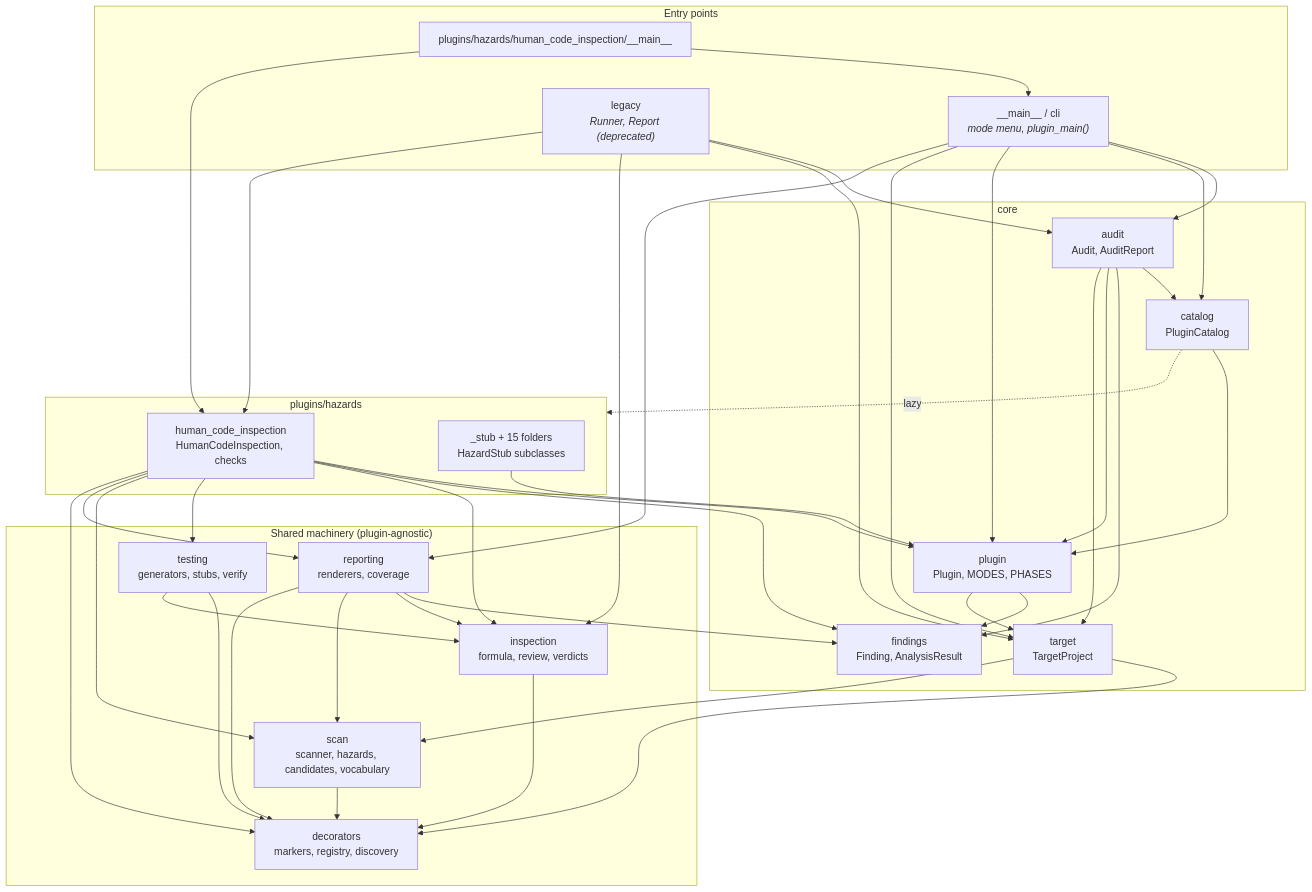
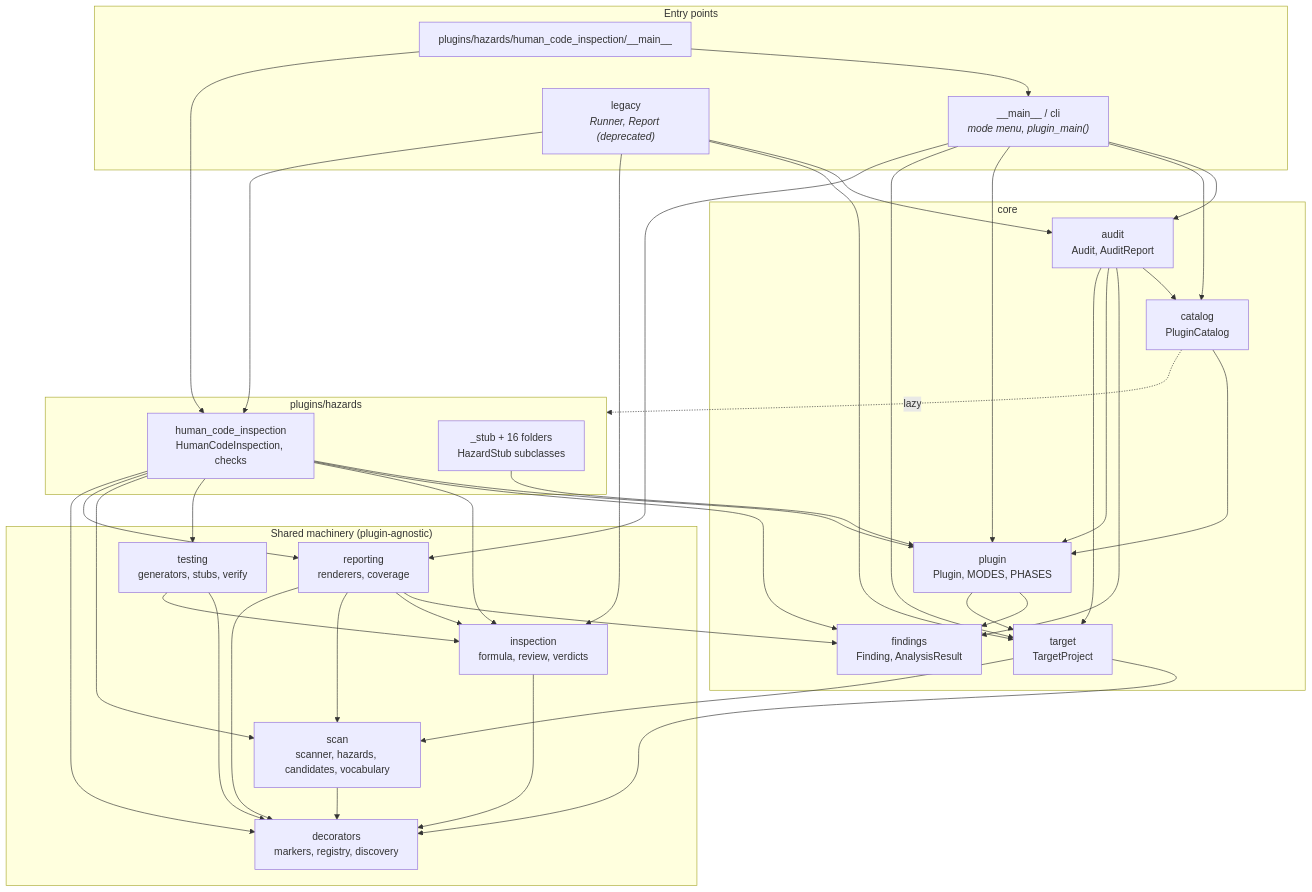
The first of 4 diagrams in ideas/ARCHITECTURE.md (juliandehne/rse_code_annotations), drawn with Mermaid before and after one commit. The commit also changed other lines of this file and 43 other files, not shown here.

````diff
--- a/ideas/ARCHITECTURE.md
+++ b/ideas/ARCHITECTURE.md
@@ -38,47 +38,47 @@
 ```mermaid
 flowchart TB
     subgraph entry["Entry points"]
         main["__main__ / cli<br/><i>mode menu, plugin_main()</i>"]
         pmain["plugins/hazards/human_code_inspection/__main__"]
         legacy["legacy<br/><i>Runner, Report (deprecated)</i>"]
     end
 
     subgraph pl["plugins/hazards"]
         hci["human_code_inspection<br/>HumanCodeInspection, checks"]
-        stubs["_stub + 15 folders<br/>HazardStub subclasses"]
+        stubs["_stub + 16 folders<br/>HazardStub subclasses"]
     end
 
     subgraph core["core"]
         audit["audit<br/>Audit, AuditReport"]
         catalog["catalog<br/>PluginCatalog"]
         plugin["plugin<br/>Plugin, MODES, PHASES"]
         findings["findings<br/>Finding, AnalysisResult"]
         target["target<br/>TargetProject"]
     end
 
     subgraph shared["Shared machinery (plugin-agnostic)"]
         reporting["reporting<br/>renderers, coverage"]
         inspection["inspection<br/>formula, review, verdicts"]
         testing["testing<br/>generators, stubs, verify"]
         scan["scan<br/>scanner, hazards, candidates, vocabulary"]
         decorators["decorators<br/>markers, registry, discovery"]
     end
 
     main --> audit & catalog & plugin & target & reporting
     pmain --> main & hci
     legacy --> audit & target & inspection & hci
 
     hci --> plugin & findings & inspection & testing & scan & reporting & decorators
     stubs --> plugin
 
     audit --> catalog & findings & plugin & target
     catalog --> plugin
     catalog -. lazy .-> pl
     plugin --> findings & target
     target --> decorators & scan
 
     reporting --> findings & inspection & scan & decorators
     inspection --> decorators
     testing --> decorators & inspection
     scan --> decorators
 ```
````
